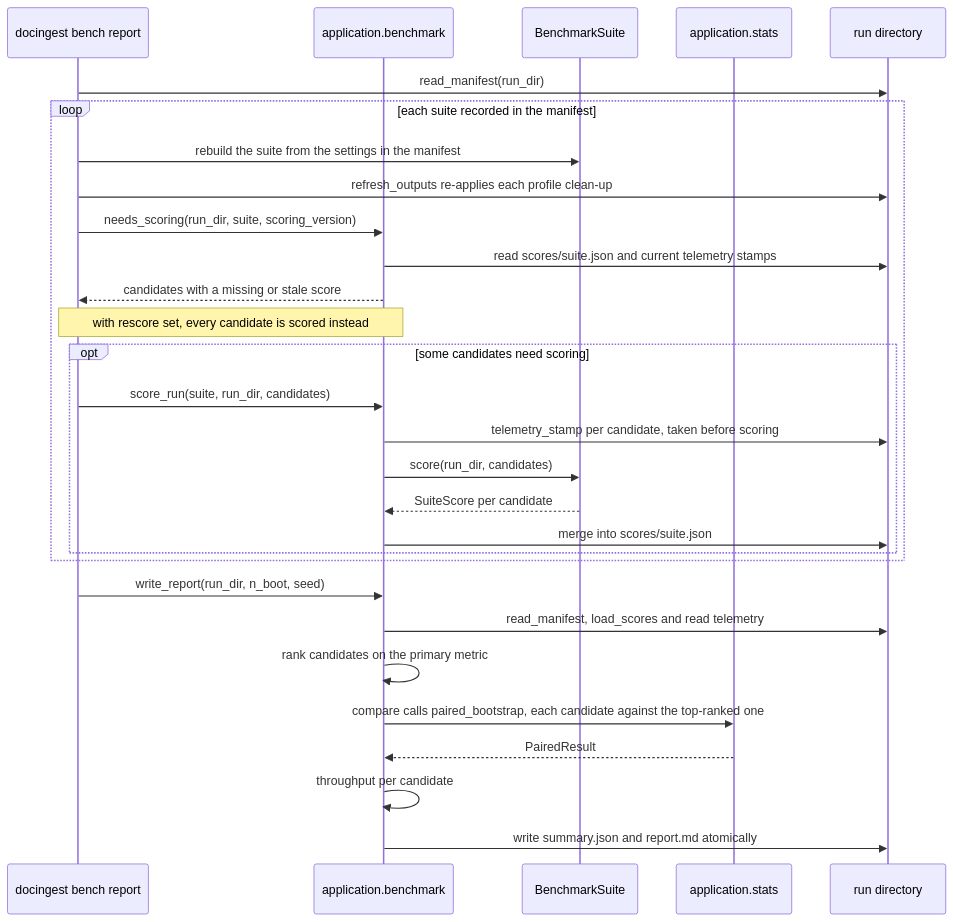
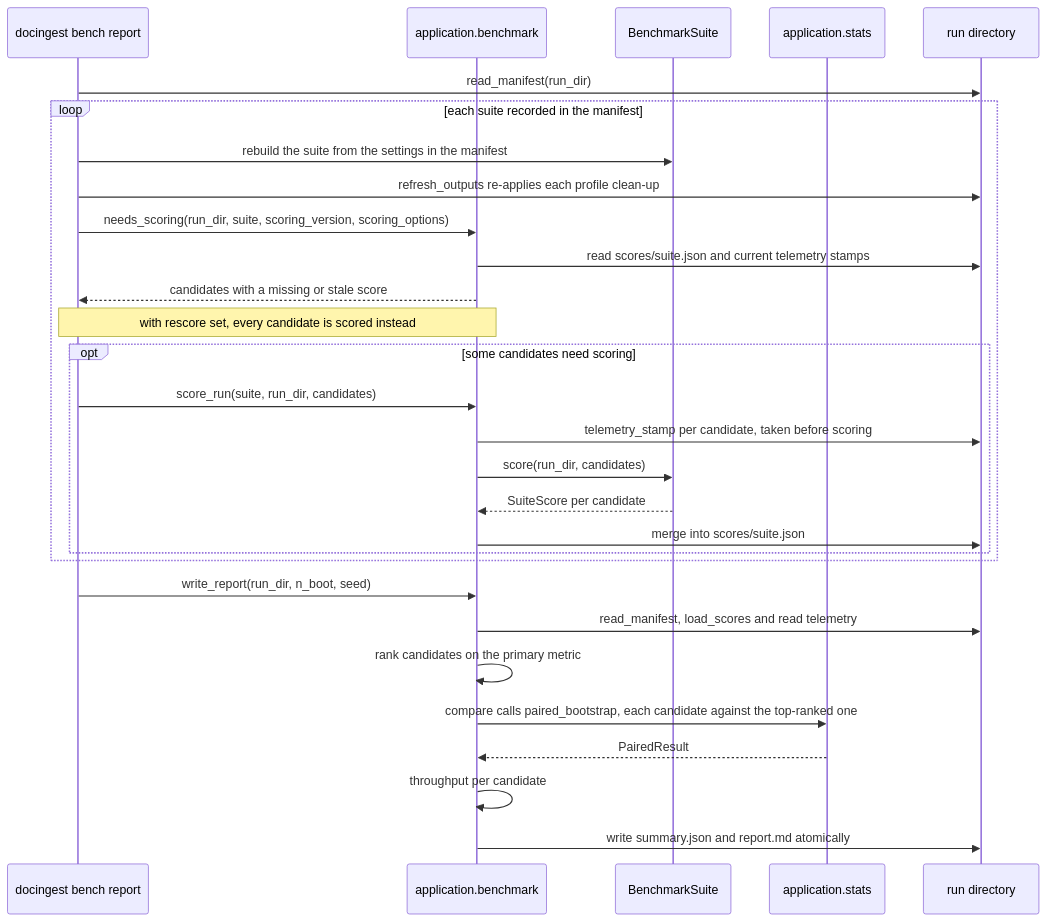
Before and after one commit to etxsA/doc-ingest: diagram 11 of 14 in src/docingest/application/README.md, drawn with Mermaid. The commit also changed other lines of this file and 12 other files, not shown here.

Commit message:
docs: module READMEs, architecture and contributing guide match the fixes

````diff
--- a/src/docingest/application/README.md
+++ b/src/docingest/application/README.md
@@ -1095,31 +1109,31 @@
 ```mermaid
 sequenceDiagram
     participant CLI as docingest bench report
     participant Bench as application.benchmark
     participant Suite as BenchmarkSuite
     participant Stats as application.stats
     participant Dir as run directory
     CLI->>Dir: read_manifest(run_dir)
     loop each suite recorded in the manifest
         CLI->>Suite: rebuild the suite from the settings in the manifest
         CLI->>Dir: refresh_outputs re-applies each profile clean-up
-        CLI->>Bench: needs_scoring(run_dir, suite, scoring_version)
+        CLI->>Bench: needs_scoring(run_dir, suite, scoring_version, scoring_options)
         Bench->>Dir: read scores/suite.json and current telemetry stamps
         Bench-->>CLI: candidates with a missing or stale score
         Note over CLI,Bench: with rescore set, every candidate is scored instead
         opt some candidates need scoring
             CLI->>Bench: score_run(suite, run_dir, candidates)
             Bench->>Dir: telemetry_stamp per candidate, taken before scoring
             Bench->>Suite: score(run_dir, candidates)
             Suite-->>Bench: SuiteScore per candidate
             Bench->>Dir: merge into scores/suite.json
         end
     end
     CLI->>Bench: write_report(run_dir, n_boot, seed)
     Bench->>Dir: read_manifest, load_scores and read telemetry
     Bench->>Bench: rank candidates on the primary metric
     Bench->>Stats: compare calls paired_bootstrap, each candidate against the top-ranked one
     Stats-->>Bench: PairedResult
     Bench->>Bench: throughput per candidate
     Bench->>Dir: write summary.json and report.md atomically
 ```
````
